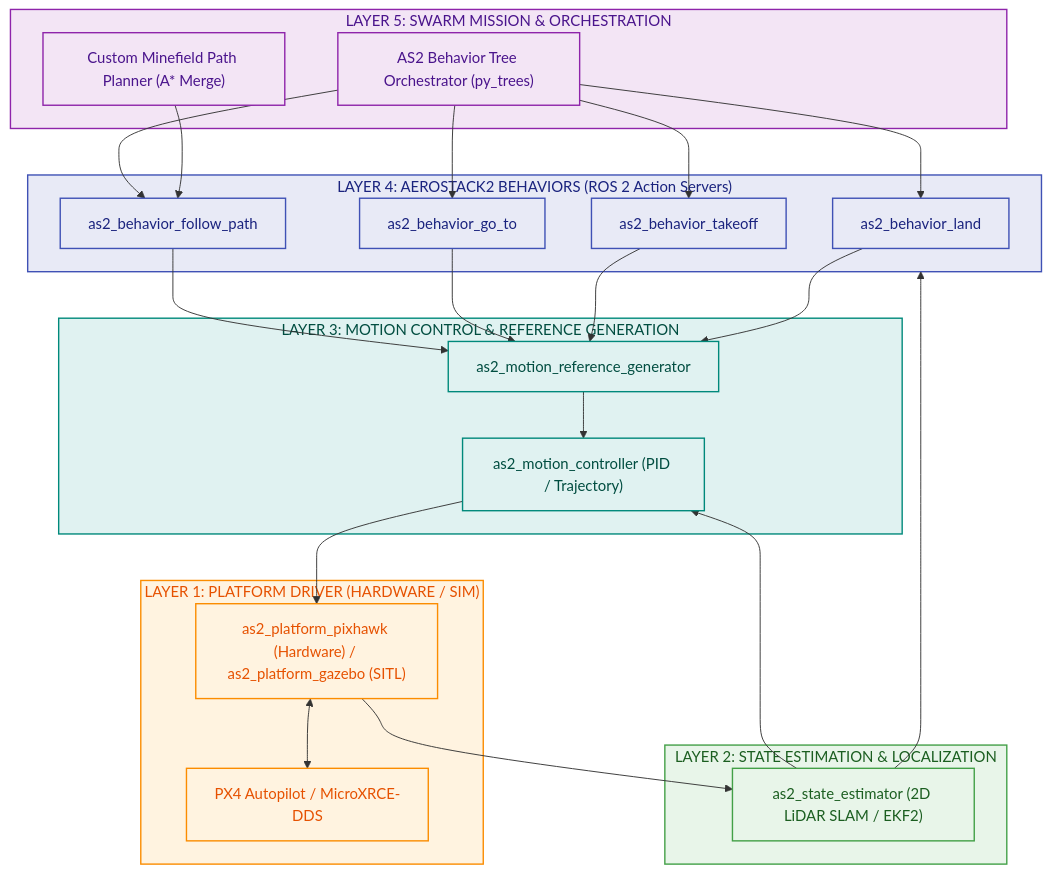
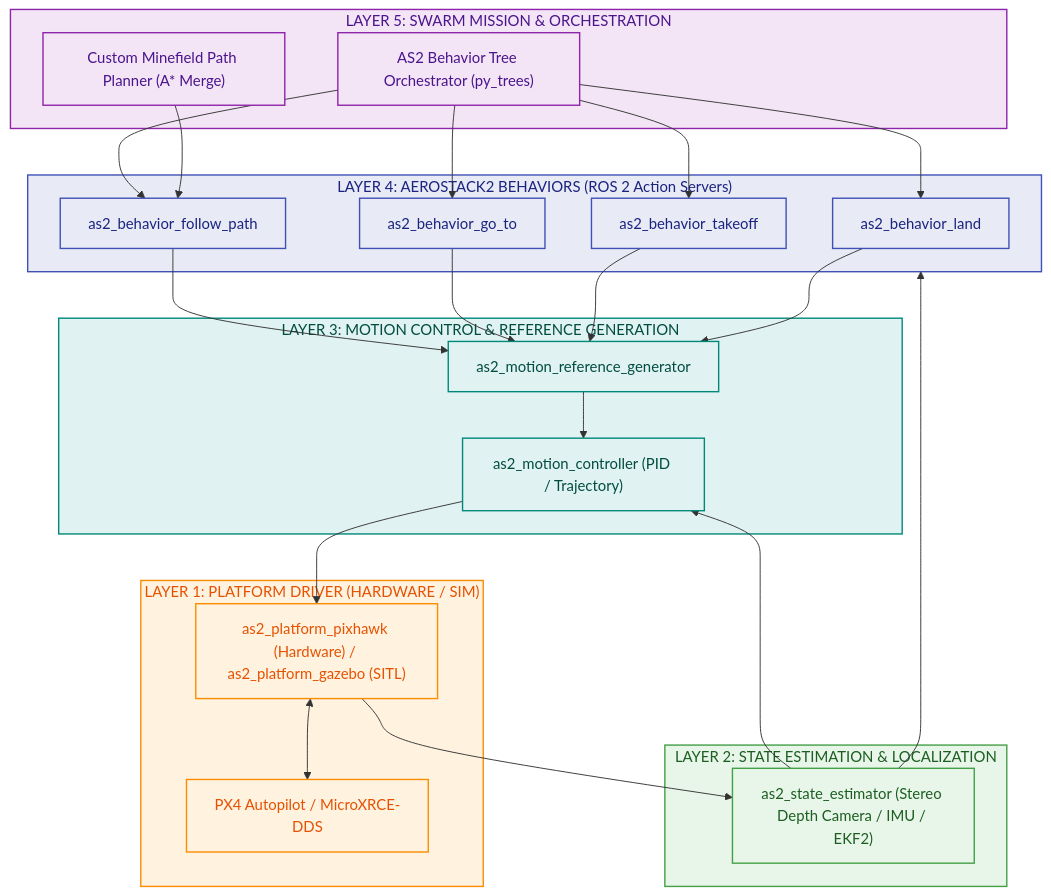
Before and after one commit to AnuragGupta181/drone-mine-detection: the first of 2 diagrams in aerostack2_swarm_architecture.md, drawn with Mermaid. The commit also changed other lines of this file and 4 other files, not shown here.

````diff
--- a/aerostack2_swarm_architecture.md
+++ b/aerostack2_swarm_architecture.md
@@ -39,57 +39,57 @@
 ```mermaid
 flowchart TD
     %% Subtle Color Styling
     classDef mission fill:#f3e5f5,stroke:#8e24aa,stroke-width:1.5px,color:#4a148c;
     classDef behavior fill:#e8eaf6,stroke:#3f51b5,stroke-width:1.5px,color:#1a237e;
     classDef motion fill:#e0f2f1,stroke:#00897b,stroke-width:1.5px,color:#004d40;
     classDef est fill:#e8f5e9,stroke:#43a047,stroke-width:1.5px,color:#1b5e20;
     classDef platform fill:#fff3e0,stroke:#fb8c00,stroke-width:1.5px,color:#e65100;
 
     subgraph MissionLayer["LAYER 5: SWARM MISSION & ORCHESTRATION"]
         BT["AS2 Behavior Tree Orchestrator (py_trees)"]
         MinePlanner["Custom Minefield Path Planner (A* Merge)"]
     end
 
     subgraph BehaviorLayer["LAYER 4: AEROSTACK2 BEHAVIORS (ROS 2 Action Servers)"]
         Takeoff["as2_behavior_takeoff"]
         Land["as2_behavior_land"]
         GoTo["as2_behavior_go_to"]
         FollowPath["as2_behavior_follow_path"]
     end
 
     subgraph MotionLayer["LAYER 3: MOTION CONTROL & REFERENCE GENERATION"]
         RefGen["as2_motion_reference_generator"]
         Controller["as2_motion_controller (PID / Trajectory)"]
     end
 
     subgraph EstimationLayer["LAYER 2: STATE ESTIMATION & LOCALIZATION"]
-        StateEst["as2_state_estimator (2D LiDAR SLAM / EKF2)"]
+        StateEst["as2_state_estimator (Stereo Depth Camera / IMU / EKF2)"]
     end
 
     subgraph PlatformLayer["LAYER 1: PLATFORM DRIVER (HARDWARE / SIM)"]
         PixhawkPlatform["as2_platform_pixhawk (Hardware) / as2_platform_gazebo (SITL)"]
         PX4["PX4 Autopilot / MicroXRCE-DDS"]
     end
 
     BT --> Takeoff
     BT --> Land
     BT --> GoTo
     BT --> FollowPath
     MinePlanner --> FollowPath
     FollowPath --> RefGen
     GoTo --> RefGen
     Takeoff --> RefGen
     Land --> RefGen
     RefGen --> Controller
     Controller --> PixhawkPlatform
     PixhawkPlatform <--> PX4
     PixhawkPlatform --> StateEst
     StateEst --> Controller
     StateEst --> BehaviorLayer
 
     class MissionLayer,BT,MinePlanner mission;
     class BehaviorLayer,Takeoff,Land,GoTo,FollowPath behavior;
     class MotionLayer,RefGen,Controller motion;
     class EstimationLayer,StateEst est;
     class PlatformLayer,PixhawkPlatform,PX4 platform;
 ```
````
